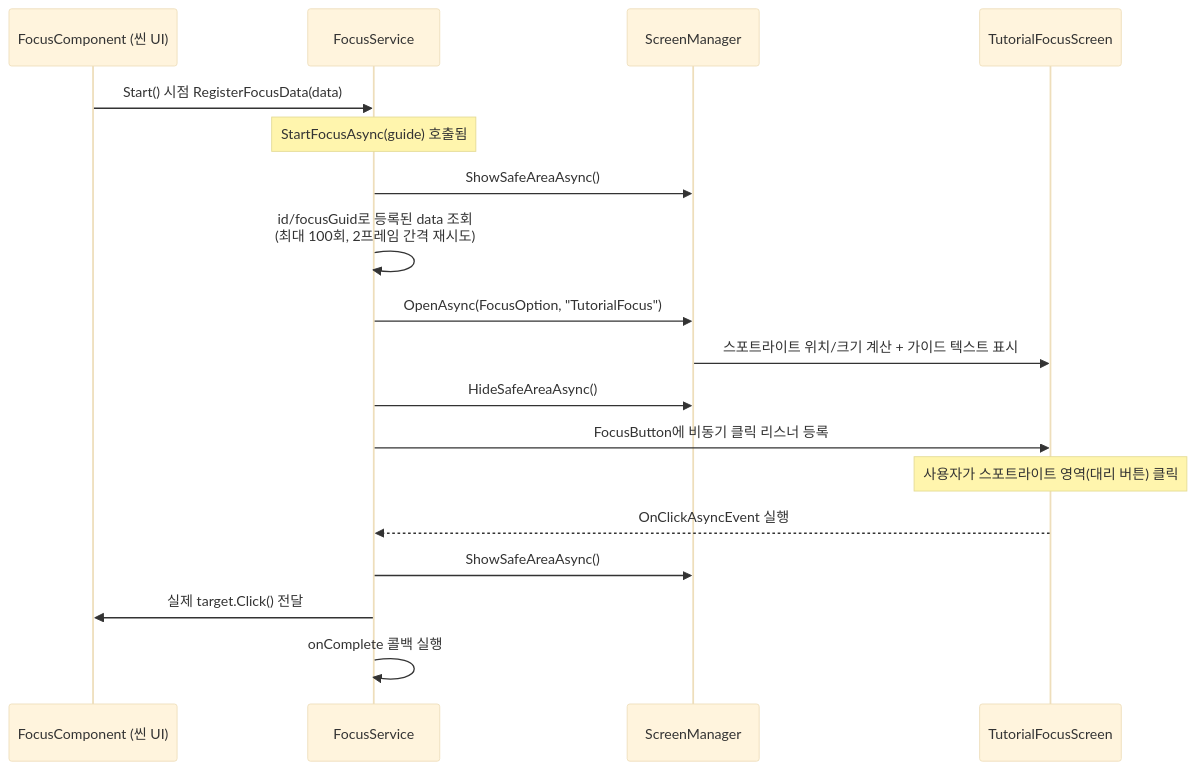
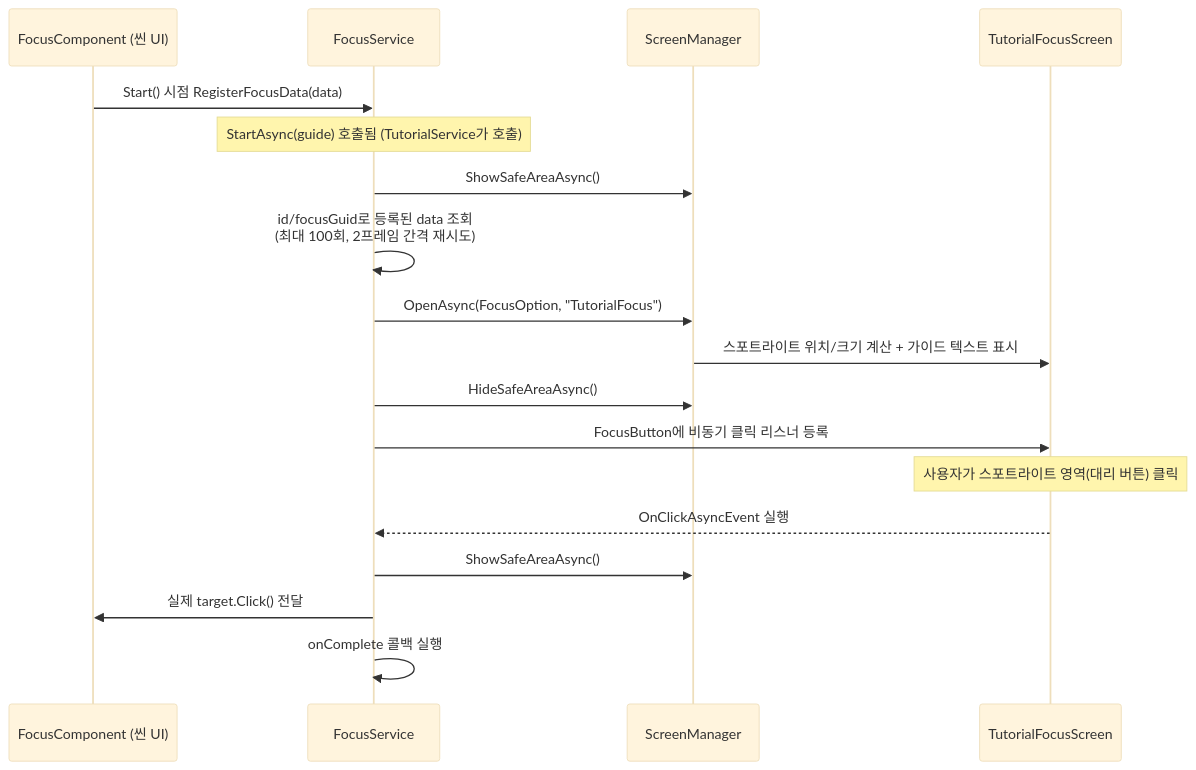
Before and after one commit to boss8497/HAPPY: the diagram in Assets/Script/GamePlay/Tutorial/README.md, drawn with Mermaid (base theme). The commit also changed other lines of this file and 5 other files, not shown here.

````diff
--- a/Assets/Script/GamePlay/Tutorial/README.md
+++ b/Assets/Script/GamePlay/Tutorial/README.md
@@ -10,23 +21,23 @@
 ```mermaid
 sequenceDiagram
     participant FC as FocusComponent (씬 UI)
     participant FS as FocusService
     participant SM as ScreenManager
     participant TS as TutorialFocusScreen
 
     FC->>FS: Start() 시점 RegisterFocusData(data)
 
-    Note over FS: StartFocusAsync(guide) 호출됨
+    Note over FS: StartAsync(guide) 호출됨 (TutorialService가 호출)
     FS->>SM: ShowSafeAreaAsync()
     FS->>FS: id/focusGuid로 등록된 data 조회<br/>(최대 100회, 2프레임 간격 재시도)
     FS->>SM: OpenAsync(FocusOption, "TutorialFocus")
     SM->>TS: 스포트라이트 위치/크기 계산 + 가이드 텍스트 표시
     FS->>SM: HideSafeAreaAsync()
     FS->>TS: FocusButton에 비동기 클릭 리스너 등록
 
     Note over TS: 사용자가 스포트라이트 영역(대리 버튼) 클릭
     TS-->>FS: OnClickAsyncEvent 실행
     FS->>SM: ShowSafeAreaAsync()
     FS->>FC: 실제 target.Click() 전달
     FS->>FS: onComplete 콜백 실행
 ```
````
